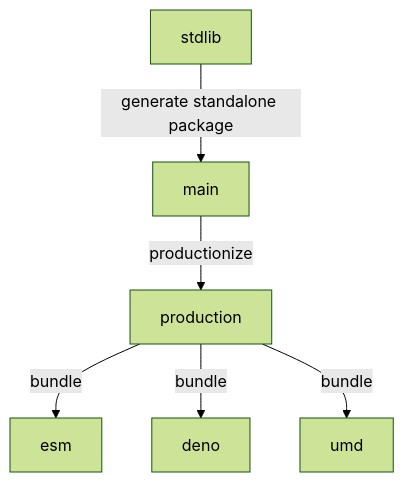
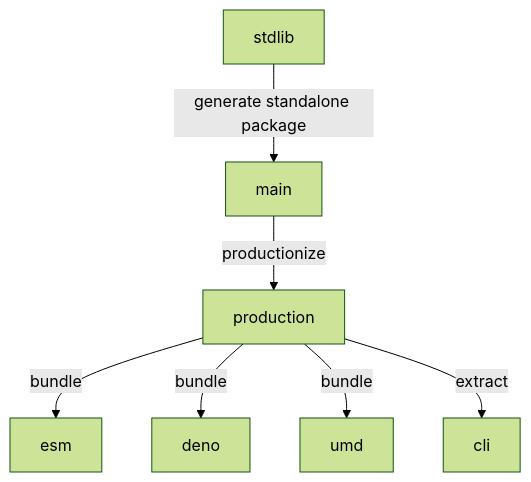
One commit to stdlib-js/random-streams-invgamma changed the diagram in branches.md. Above: the diagram before and after it, drawn with Mermaid (forest theme). The commit also changed other lines of this file and 11 other files, not shown here.

````diff
--- a/branches.md
+++ b/branches.md
@@ -33,15 +34,17 @@
 ```mermaid
 graph TD;
 A[stdlib]-->|generate standalone package|B;
 B[main] -->|productionize| C[production];
 C -->|bundle| D[esm];
 C -->|bundle| E[deno];
 C -->|bundle| F[umd];
+C -->|extract| G[cli];
 
-click A href "https://github.com/stdlib-js/stdlib/tree/develop/lib/node_modules/%40stdlib/random/streams/invgamma"
-click B href "https://github.com/stdlib-js/random-streams-invgamma/tree/main"
-click C href "https://github.com/stdlib-js/random-streams-invgamma/tree/production"
-click D href "https://github.com/stdlib-js/random-streams-invgamma/tree/esm"
-click E href "https://github.com/stdlib-js/random-streams-invgamma/tree/deno"
-click F href "https://github.com/stdlib-js/random-streams-invgamma/tree/umd"
+%% click A href "https://github.com/stdlib-js/stdlib/tree/develop/lib/node_modules/%40stdlib/random/streams/invgamma"
+%% click B href "https://github.com/stdlib-js/random-streams-invgamma/tree/main"
+%% click C href "https://github.com/stdlib-js/random-streams-invgamma/tree/production"
+%% click D href "https://github.com/stdlib-js/random-streams-invgamma/tree/esm"
+%% click E href "https://github.com/stdlib-js/random-streams-invgamma/tree/deno"
+%% click F href "https://github.com/stdlib-js/random-streams-invgamma/tree/umd"
+%% click G href "https://github.com/stdlib-js/random-streams-invgamma/tree/cli"
 ```
````
